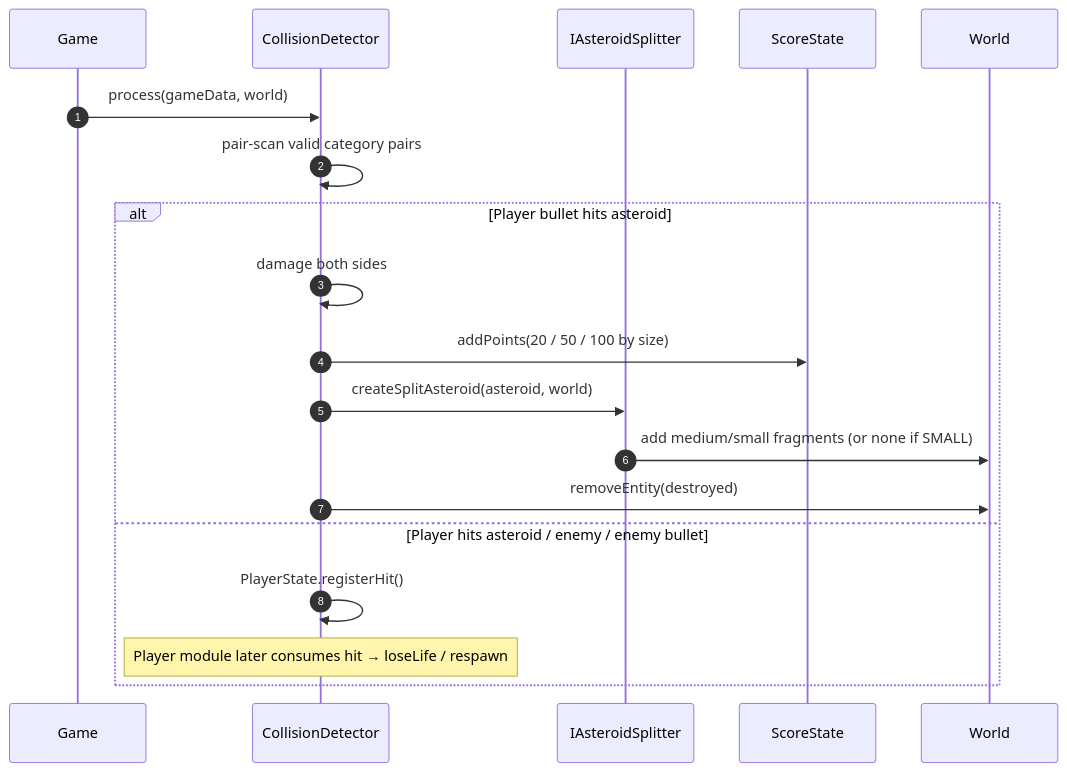
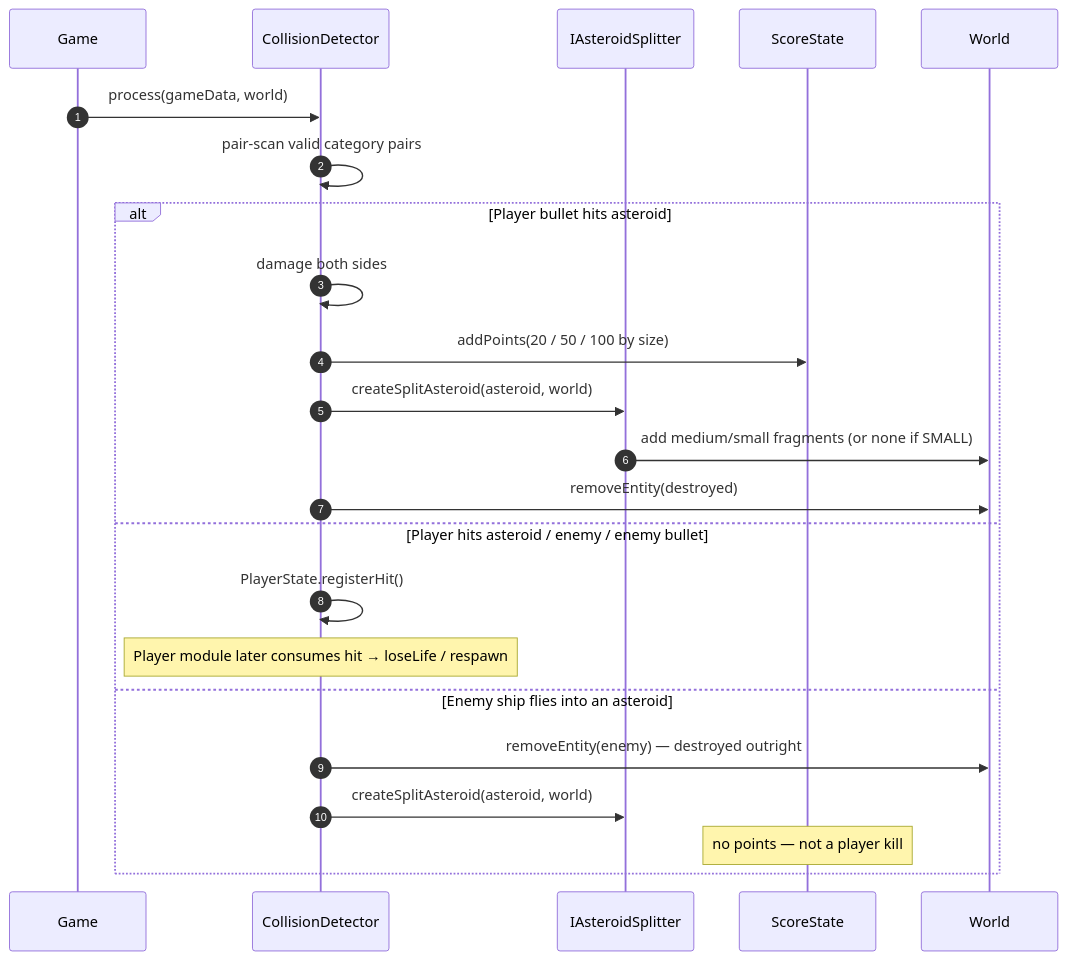
The ninth of 11 diagrams in README.md (Fard121/asteroid_game), drawn with Mermaid before and after one commit. The commit also changed other lines of this file and 7 other files, not shown here.

````diff
--- a/README.md
+++ b/README.md
@@ -331,22 +333,26 @@
 ```mermaid
 sequenceDiagram
     autonumber
     participant Game
     participant Collision as CollisionDetector
     participant Splitter as IAsteroidSplitter
     participant Score as ScoreState
     participant World
 
     Game->>Collision: process(gameData, world)
     Collision->>Collision: pair-scan valid category pairs
     alt Player bullet hits asteroid
         Collision->>Collision: damage both sides
         Collision->>Score: addPoints(20 / 50 / 100 by size)
         Collision->>Splitter: createSplitAsteroid(asteroid, world)
         Splitter->>World: add medium/small fragments (or none if SMALL)
         Collision->>World: removeEntity(destroyed)
     else Player hits asteroid / enemy / enemy bullet
         Collision->>Collision: PlayerState.registerHit()
         Note over Collision: Player module later consumes hit → loseLife / respawn
+    else Enemy ship flies into an asteroid
+        Collision->>World: removeEntity(enemy) — destroyed outright
+        Collision->>Splitter: createSplitAsteroid(asteroid, world)
+        Note over Score: no points — not a player kill
     end
 ```
````
